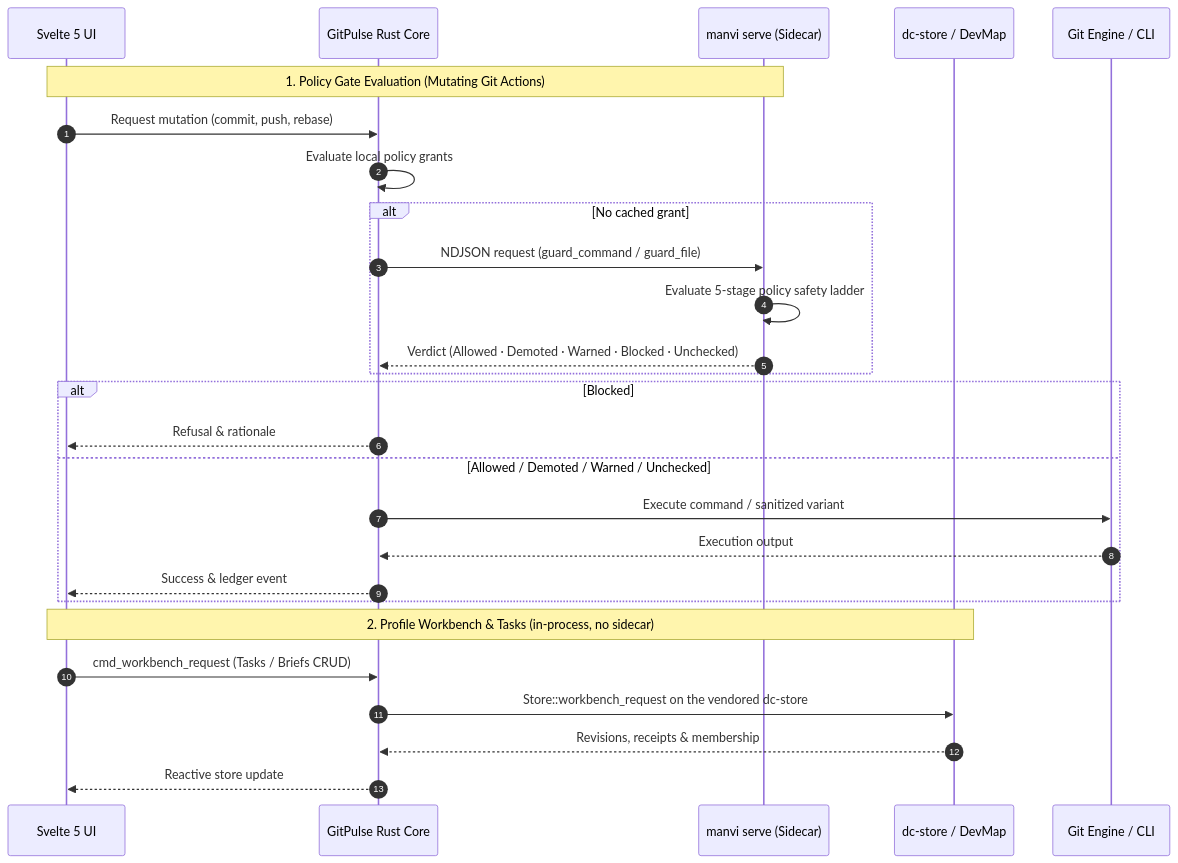
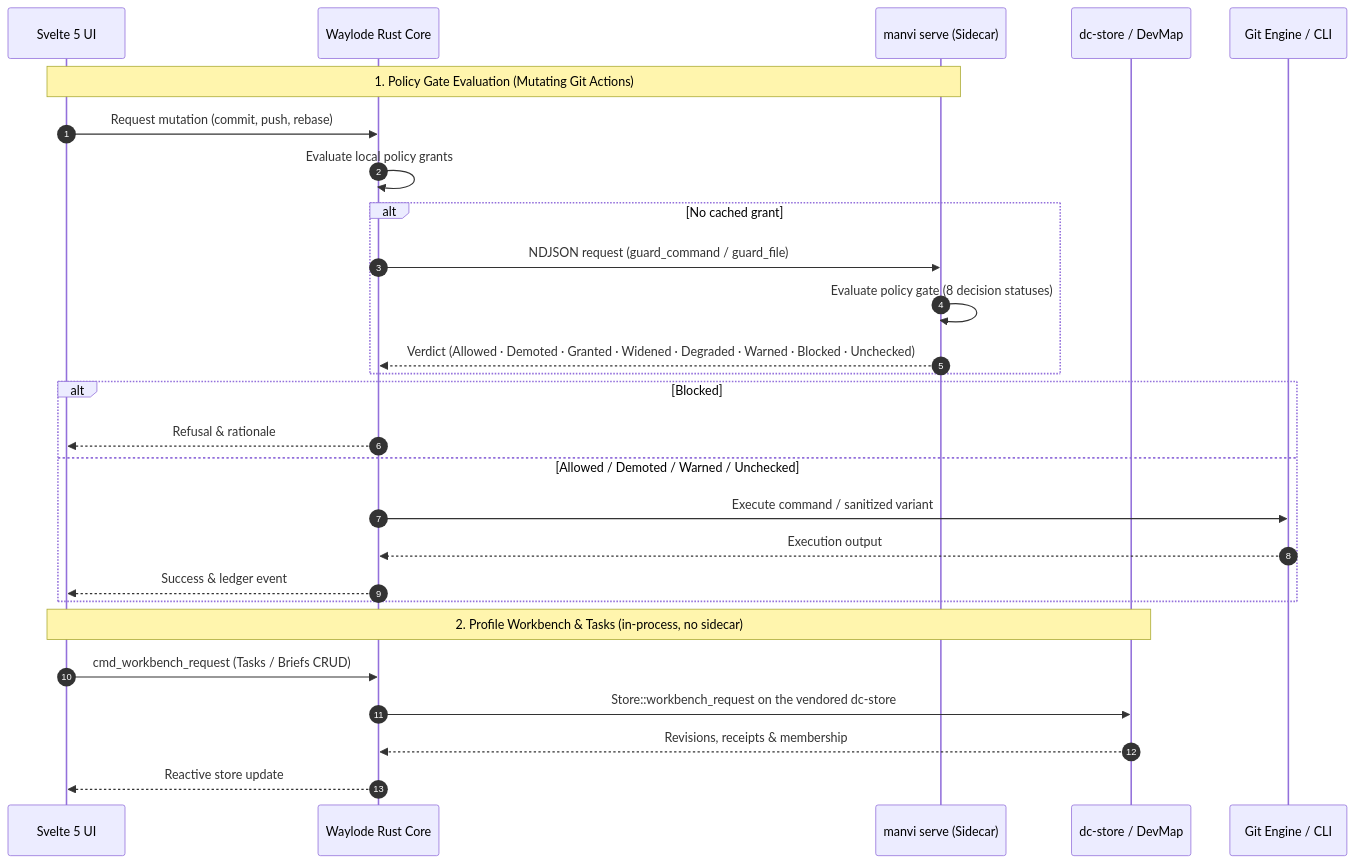
Before and after one commit to bharathvbcr/GitPulse: the second of 3 diagrams in docs/MODULE_INTEGRATION.md, drawn with Mermaid. The commit also changed other lines of this file and 57 other files, not shown here.

````diff
--- a/docs/MODULE_INTEGRATION.md
+++ b/docs/MODULE_INTEGRATION.md
@@ -86,31 +86,31 @@
 ```mermaid
 sequenceDiagram
     autonumber
     participant UI as Svelte 5 UI
-    participant Rust as GitPulse Rust Core
+    participant Rust as Waylode Rust Core
     participant Manvi as manvi serve (Sidecar)
     participant DevCouncil as dc-store / DevMap
     participant Git as Git Engine / CLI
 
     Note over UI,Manvi: 1. Policy Gate Evaluation (Mutating Git Actions)
     UI->>Rust: Request mutation (commit, push, rebase)
     Rust->>Rust: Evaluate local policy grants
     alt No cached grant
         Rust->>Manvi: NDJSON request (guard_command / guard_file)
-        Manvi->>Manvi: Evaluate 5-stage policy safety ladder
-        Manvi-->>Rust: Verdict (Allowed · Demoted · Warned · Blocked · Unchecked)
+        Manvi->>Manvi: Evaluate policy gate (8 decision statuses)
+        Manvi-->>Rust: Verdict (Allowed · Demoted · Granted · Widened · Degraded · Warned · Blocked · Unchecked)
     end
     alt Blocked
         Rust-->>UI: Refusal & rationale
     else Allowed / Demoted / Warned / Unchecked
         Rust->>Git: Execute command / sanitized variant
         Git-->>Rust: Execution output
         Rust-->>UI: Success & ledger event
     end
 
     Note over UI,DevCouncil: 2. Profile Workbench & Tasks (in-process, no sidecar)
     UI->>Rust: cmd_workbench_request (Tasks / Briefs CRUD)
     Rust->>DevCouncil: Store::workbench_request on the vendored dc-store
     DevCouncil-->>Rust: Revisions, receipts & membership
     Rust-->>UI: Reactive store update
 ```
````
